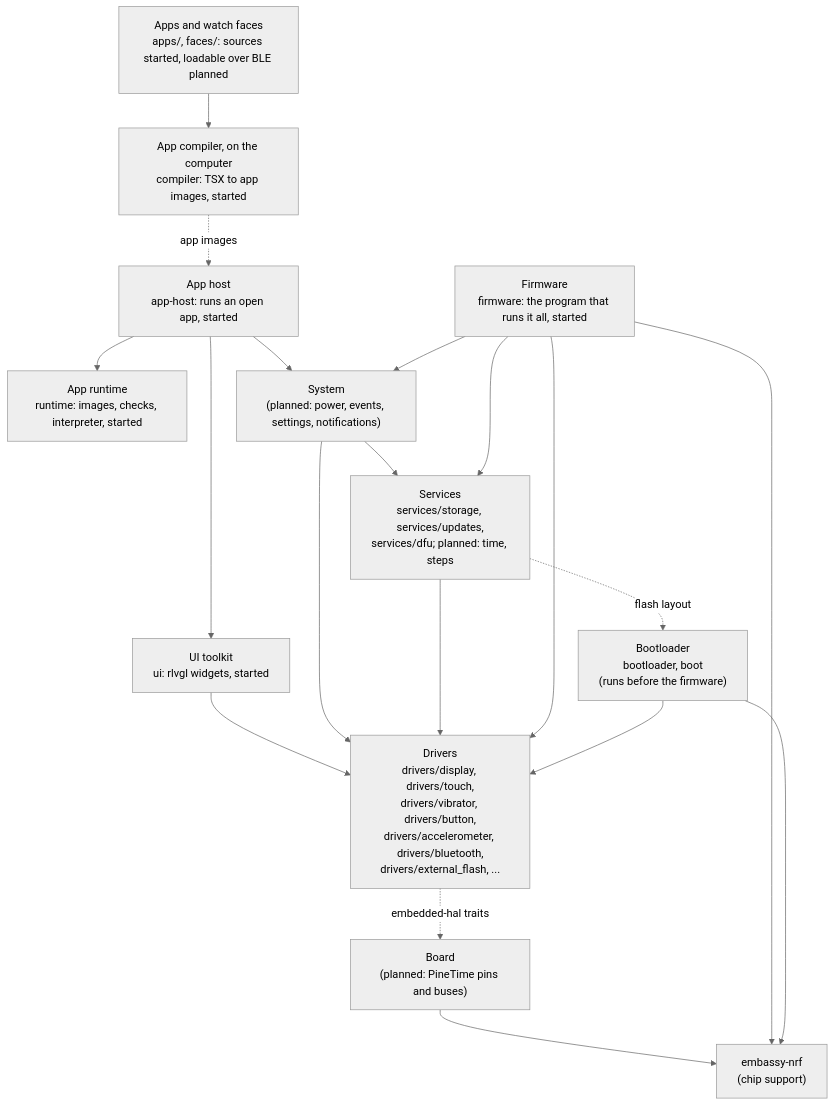
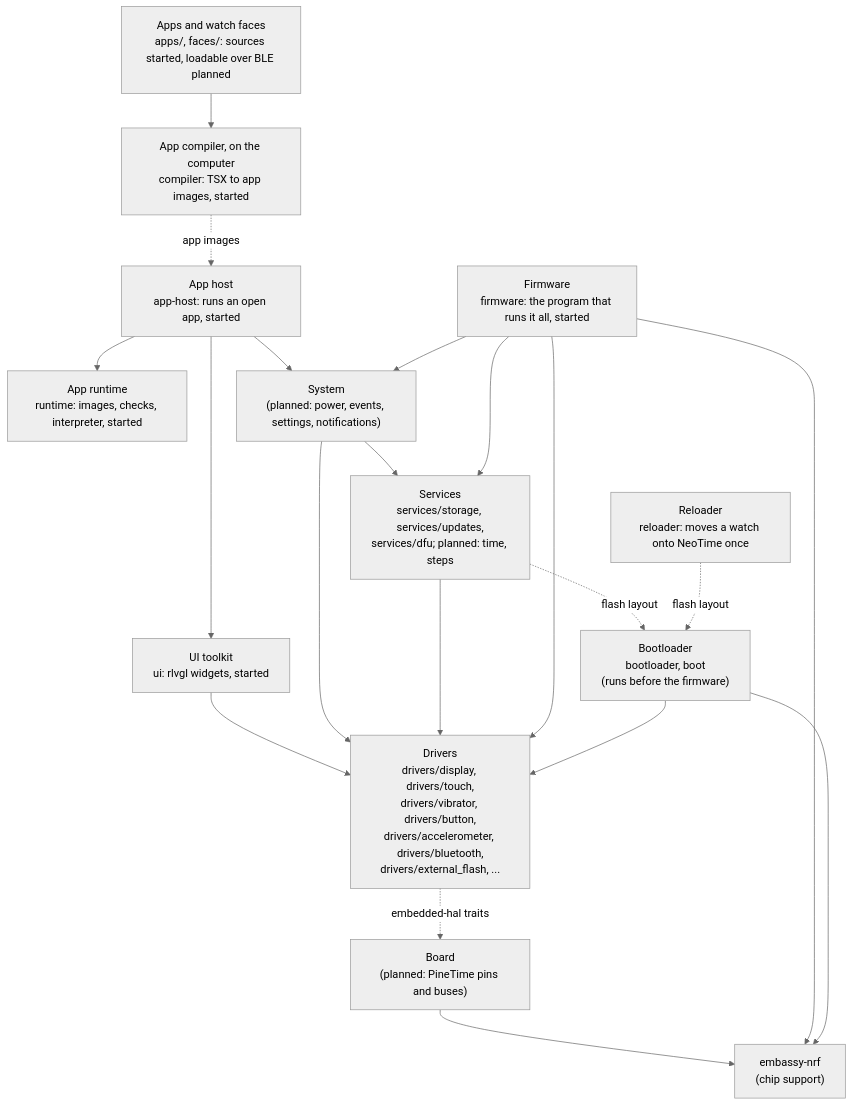
One commit to BeatLink/BattleTime changed the diagram in docs/architecture.md. Above: the diagram before and after it, drawn with Mermaid (neutral theme). The commit also changed other lines of this file and 17 other files, not shown here.

````diff
--- a/docs/architecture.md
+++ b/docs/architecture.md
@@ -28,36 +28,38 @@
 ```mermaid
 flowchart TB
     apps["Apps and watch faces<br/>apps/, faces/: sources started, loadable over BLE planned"]
     host["App host<br/>app-host: runs an open app, started"]
     compiler["App compiler, on the computer<br/>compiler: TSX to app images, started"]
     runtime["App runtime<br/>runtime: images, checks, interpreter, started"]
     ui["UI toolkit<br/>ui: rlvgl widgets, started"]
     system["System<br/>(planned: power, events, settings, notifications)"]
     services["Services<br/>services/storage, services/updates,<br/>services/dfu; planned: time, steps"]
     drivers["Drivers<br/>drivers/display, drivers/touch,<br/>drivers/vibrator, drivers/button,<br/>drivers/accelerometer, drivers/bluetooth,<br/>drivers/external_flash, ..."]
     board["Board<br/>(planned: PineTime pins and buses)"]
     hal["embassy-nrf<br/>(chip support)"]
 
     apps --> compiler
     compiler -. app images .-> host
     host --> runtime
     host --> ui
     host --> system
     ui --> drivers
     system --> services
     system --> drivers
     services --> drivers
     drivers -. embedded-hal traits .-> board
     board --> hal
 
     firmware["Firmware<br/>firmware: the program that runs it all, started"]
     firmware --> system
     firmware --> services
     firmware --> drivers
     firmware --> hal
 
     bootloader["Bootloader<br/>bootloader, boot<br/>(runs before the firmware)"]
     bootloader --> drivers
     bootloader --> hal
     services -. flash layout .-> bootloader
+    reloader["Reloader<br/>reloader: moves a watch onto NeoTime once"]
+    reloader -. flash layout .-> bootloader
 ```
````
